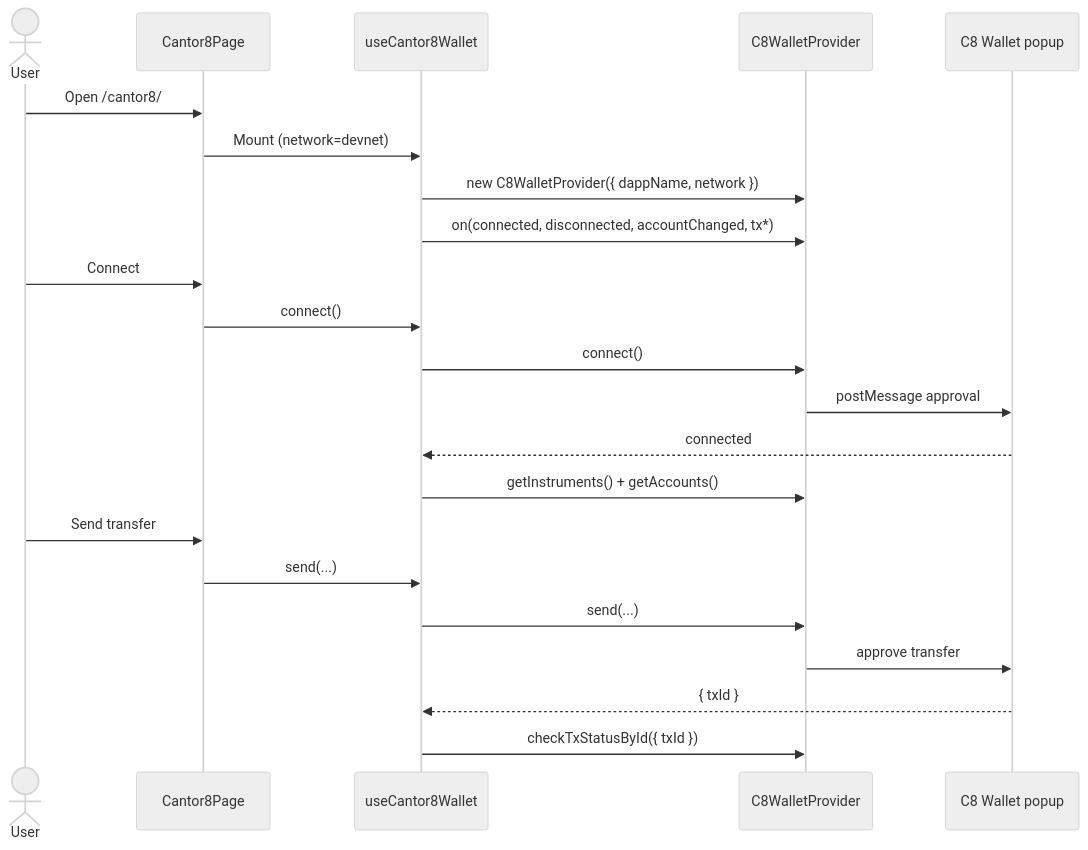
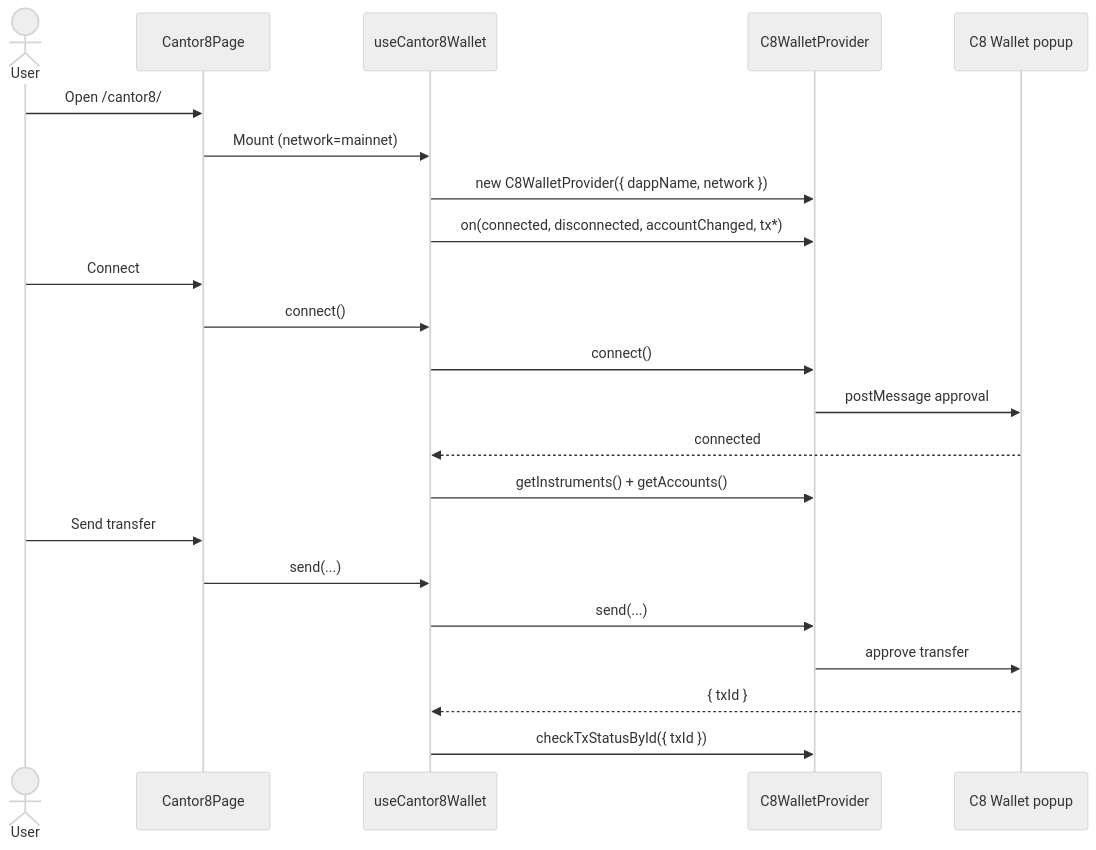
Before and after one commit to anhlh2311/canton-test-dapp: the diagram in docs/superpowers/specs/2026-08-04-cantor8-wallet-page-design.md, drawn with Mermaid (neutral theme). The commit also changed other lines of this file and 6 other files, not shown here.

````diff
--- a/docs/superpowers/specs/2026-08-04-cantor8-wallet-page-design.md
+++ b/docs/superpowers/specs/2026-08-04-cantor8-wallet-page-design.md
@@ -47,25 +47,25 @@
 ```mermaid
 sequenceDiagram
   actor User
   participant Page as Cantor8Page
   participant Hook as useCantor8Wallet
   participant SDK as C8WalletProvider
   participant Popup as C8 Wallet popup
 
   User->>Page: Open /cantor8/
-  Page->>Hook: Mount (network=devnet)
+  Page->>Hook: Mount (network=mainnet)
   Hook->>SDK: new C8WalletProvider({ dappName, network })
   Hook->>SDK: on(connected, disconnected, accountChanged, tx*)
   User->>Page: Connect
   Page->>Hook: connect()
   Hook->>SDK: connect()
   SDK->>Popup: postMessage approval
   Popup-->>Hook: connected
   Hook->>SDK: getInstruments() + getAccounts()
   User->>Page: Send transfer
   Page->>Hook: send(...)
   Hook->>SDK: send(...)
   SDK->>Popup: approve transfer
   Popup-->>Hook: { txId }
   Hook->>SDK: checkTxStatusById({ txId })
 ```
````
